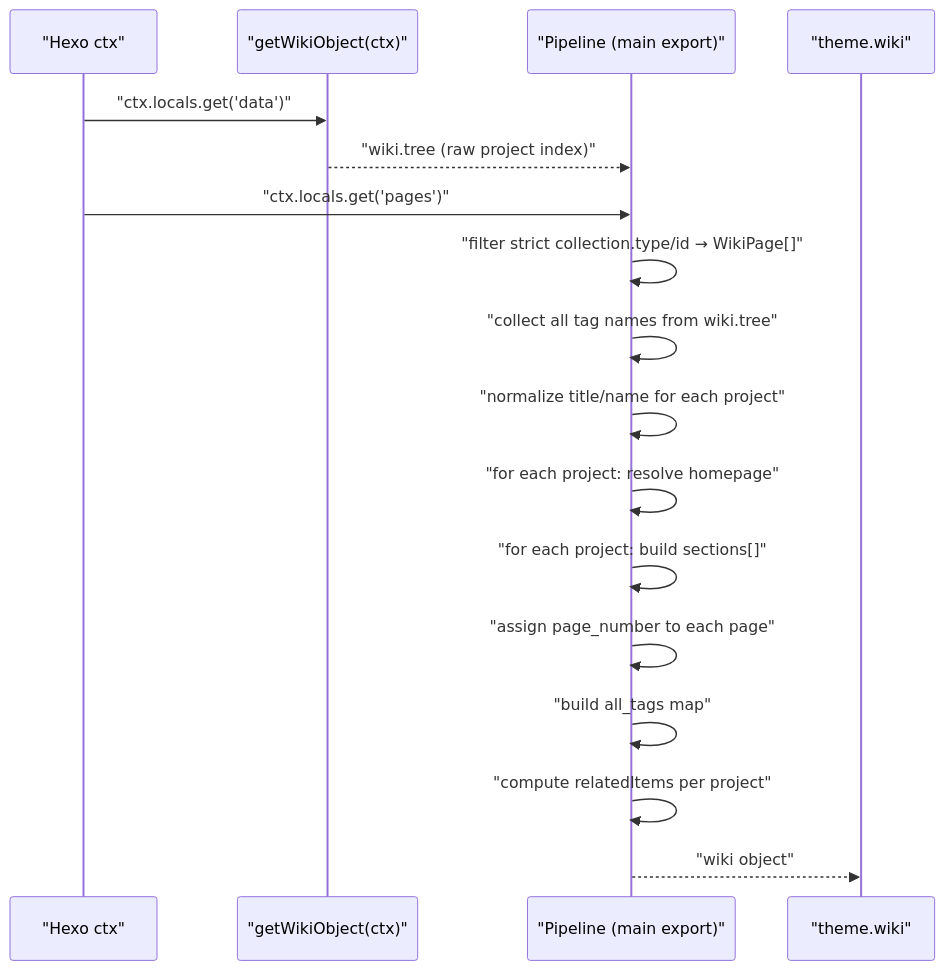
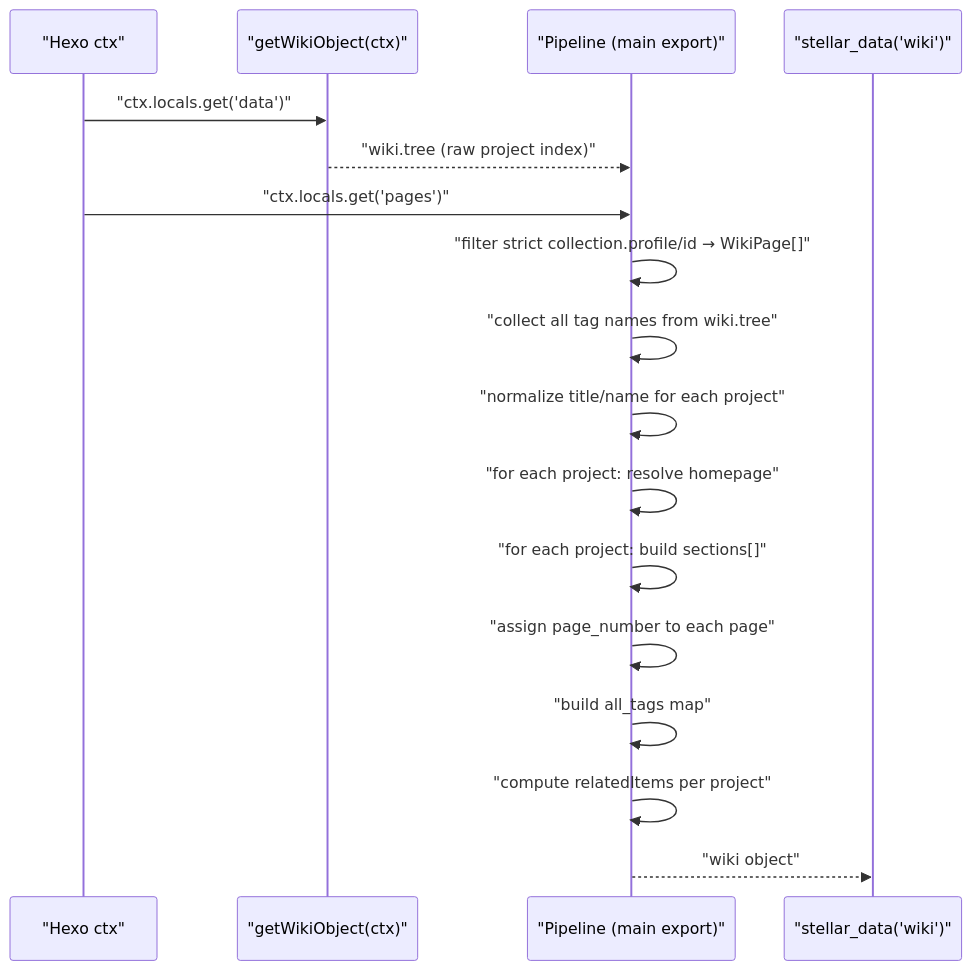
One commit to xaoxuu/hexo-theme-stellar changed the second of 6 diagrams in docs/knowledge/03-内容系统/wiki-docs.md. Above: the diagram before and after it, drawn with Mermaid. The commit also changed other lines of this file and 101 other files, not shown here.

````diff
--- a/docs/knowledge/03-内容系统/wiki-docs.md
+++ b/docs/knowledge/03-内容系统/wiki-docs.md
@@ -284,20 +284,20 @@
 ```mermaid
 sequenceDiagram
     participant H as "Hexo ctx"
     participant G as "getWikiObject(ctx)"
     participant P as "Pipeline (main export)"
-    participant T as "theme.wiki"
+    participant T as "stellar_data('wiki')"
 
     H->>G: "ctx.locals.get('data')"
     G-->>P: "wiki.tree (raw project index)"
     H->>P: "ctx.locals.get('pages')"
-    P->>P: "filter strict collection.type/id → WikiPage[]"
+    P->>P: "filter strict collection.profile/id → WikiPage[]"
     P->>P: "collect all tag names from wiki.tree"
     P->>P: "normalize title/name for each project"
     P->>P: "for each project: resolve homepage"
     P->>P: "for each project: build sections[]"
     P->>P: "assign page_number to each page"
     P->>P: "build all_tags map"
     P->>P: "compute relatedItems per project"
     P-->>T: "wiki object"
 ```
````
